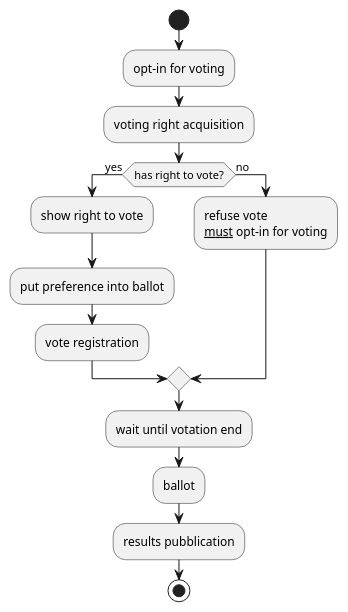
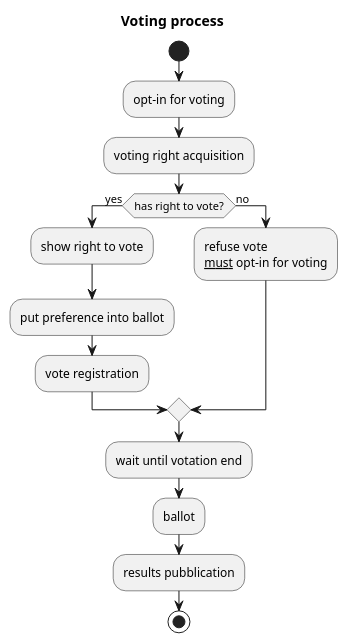
One commit to dariocast/evoting-algorand changed the diagram in docs/src/activity_voto.puml. Above: the diagram before and after it, drawn with PlantUML. The commit also changed 1 other file, not shown here.

Commit message:
docs: sequence open ballot

```diff
--- a/docs/src/activity_voto.puml
+++ b/docs/src/activity_voto.puml
@@ -1,17 +1,18 @@
 @startuml Voting process
+title Voting process
 start
 :opt-in for voting;
 :voting right acquisition;
 if (has right to vote?) then (yes)
     :show right to vote;
     :put preference into ballot;
     :vote registration;
 else (no)
     :refuse vote
     __must__ opt-in for voting;
 endif
 :wait until votation end;
 :ballot;
 :results pubblication;
 stop
 @enduml
```
